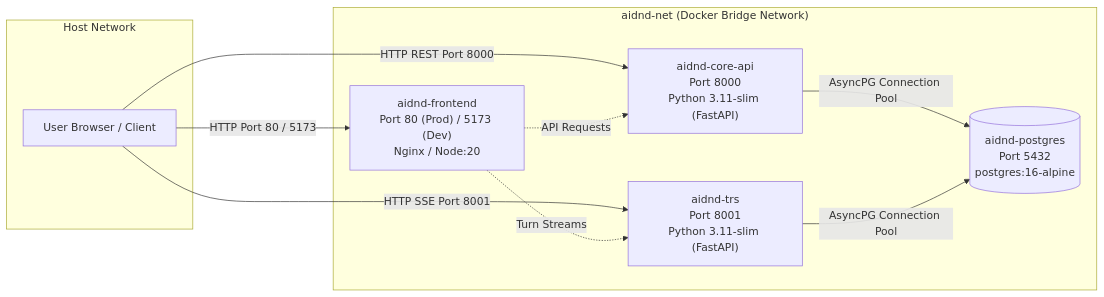
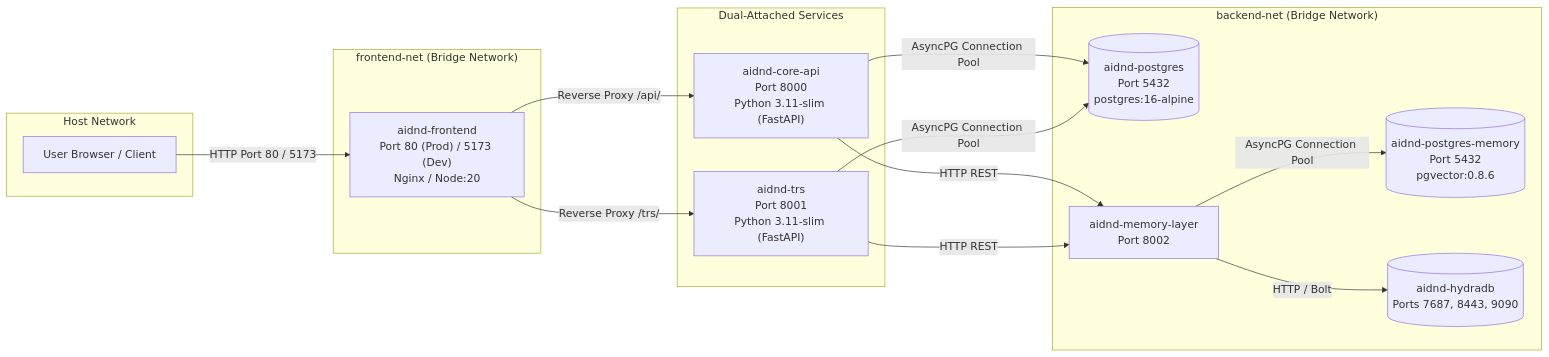
The diagram in docs/arch/infra/docker-and-compose.md (AryanSherigar/AI-DND), drawn with Mermaid before and after one commit. The commit also changed other lines of this file and 91 other files, not shown here.

Commit message:
fix: bugfixes of infra and memory-layer

````diff
--- a/docs/arch/infra/docker-and-compose.md
+++ b/docs/arch/infra/docker-and-compose.md
@@ -11,23 +11,33 @@
 ```mermaid
 flowchart LR
     subgraph Host["Host Network"]
         Browser["User Browser / Client"]
     end
 
-    subgraph ComposeNet["aidnd-net (Docker Bridge Network)"]
+    subgraph FrontendNet["frontend-net (Bridge Network)"]
         Frontend["aidnd-frontend<br/>Port 80 (Prod) / 5173 (Dev)<br/>Nginx / Node:20"]
+    end
+
+    subgraph DualNet["Dual-Attached Services"]
         CoreAPI["aidnd-core-api<br/>Port 8000<br/>Python 3.11-slim (FastAPI)"]
         TRS["aidnd-trs<br/>Port 8001<br/>Python 3.11-slim (FastAPI)"]
+    end
+
+    subgraph BackendNet["backend-net (Bridge Network)"]
         Postgres[("aidnd-postgres<br/>Port 5432<br/>postgres:16-alpine")]
+        PostgresMem[("aidnd-postgres-memory<br/>Port 5432<br/>pgvector:0.8.6")]
+        HydraDB[("aidnd-hydradb<br/>Ports 7687, 8443, 9090")]
+        MemLayer["aidnd-memory-layer<br/>Port 8002"]
     end
 
     Browser -->|HTTP Port 80 / 5173| Frontend
-    Browser -->|HTTP REST Port 8000| CoreAPI
-    Browser -->|HTTP SSE Port 8001| TRS
-
-    Frontend -.->|API Requests| CoreAPI
-    Frontend -.->|Turn Streams| TRS
+    Frontend -->|Reverse Proxy /api/| CoreAPI
+    Frontend -->|Reverse Proxy /trs/| TRS
 
     CoreAPI -->|AsyncPG Connection Pool| Postgres
+    CoreAPI -->|HTTP REST| MemLayer
     TRS -->|AsyncPG Connection Pool| Postgres
+    TRS -->|HTTP REST| MemLayer
+    MemLayer -->|AsyncPG Connection Pool| PostgresMem
+    MemLayer -->|HTTP / Bolt| HydraDB
 ```
````
